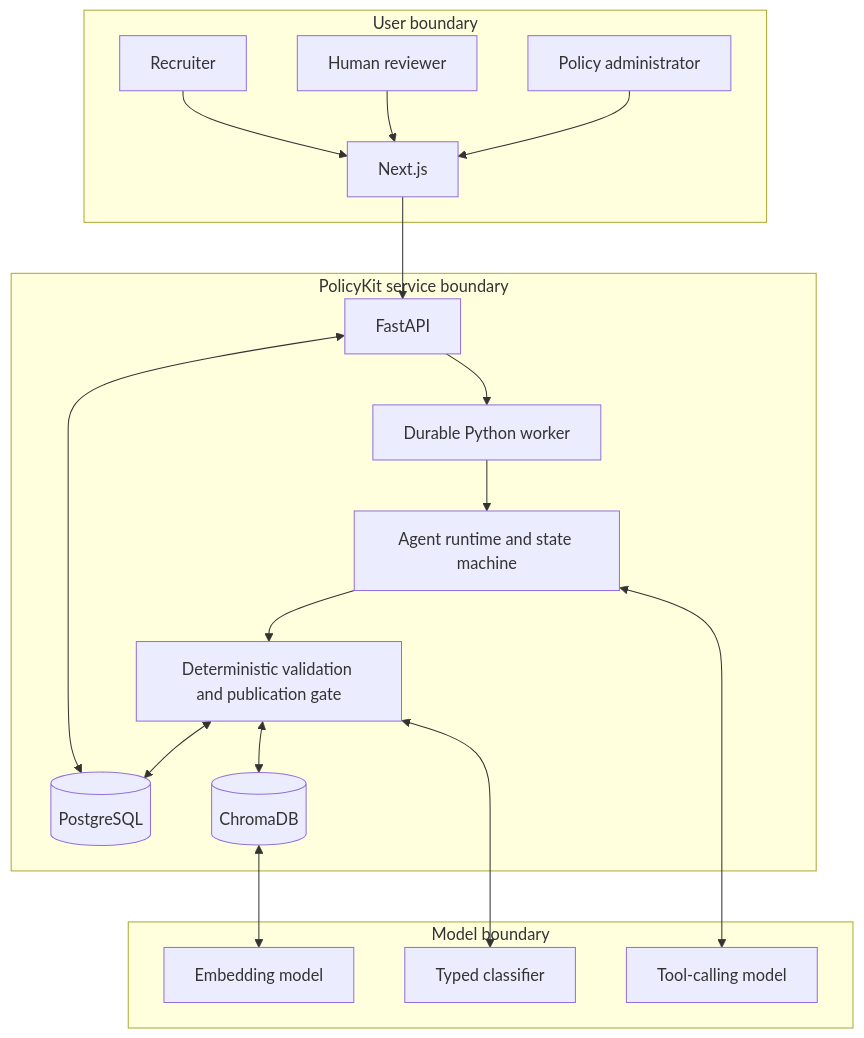
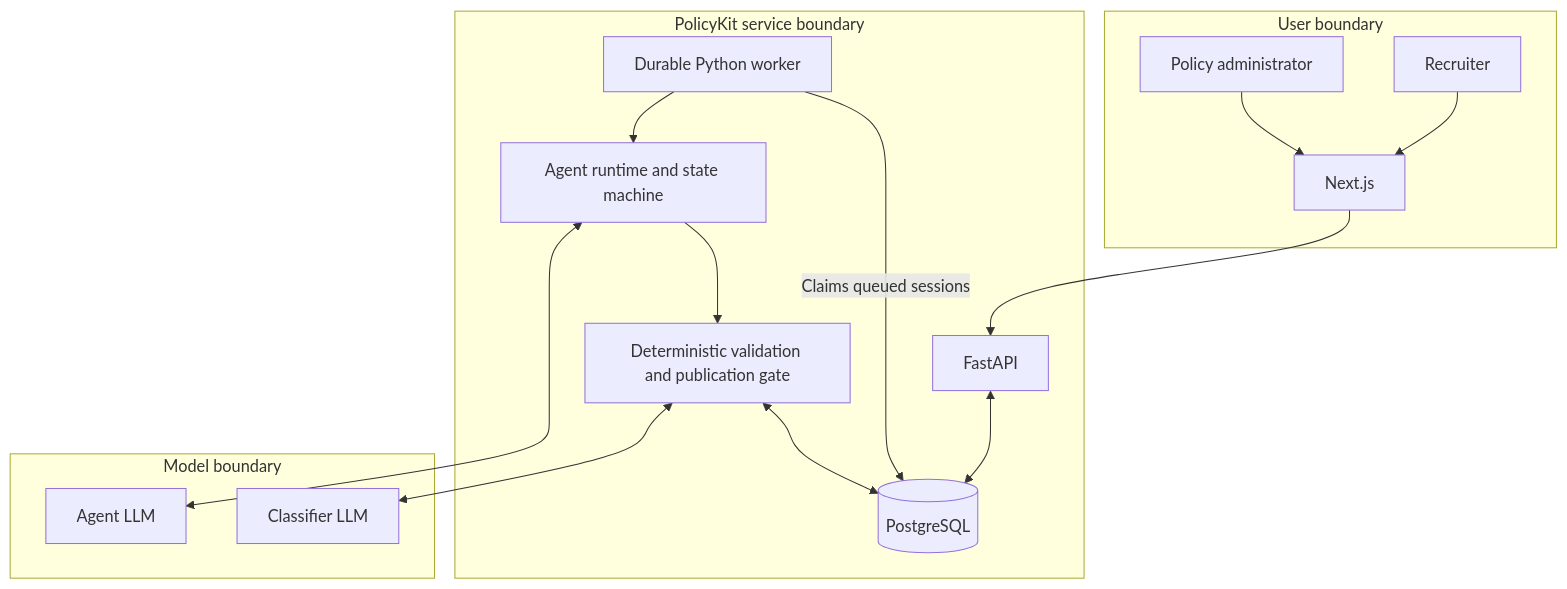
Before and after one commit to Ee-Hsin/policyKit: the first of 2 diagrams in docs/architecture.md, drawn with Mermaid. The commit also changed other lines of this file and 31 other files, not shown here.

Commit message:
simplify compliance review architecture

````diff
--- a/docs/architecture.md
+++ b/docs/architecture.md
@@ -9,37 +9,31 @@
 ```mermaid
 flowchart TB
     subgraph client["User boundary"]
         recruiter["Recruiter"]
-        reviewer["Human reviewer"]
         admin["Policy administrator"]
         next["Next.js"]
         recruiter --> next
-        reviewer --> next
         admin --> next
     end
 
     subgraph service["PolicyKit service boundary"]
         api["FastAPI"]
         worker["Durable Python worker"]
         runtime["Agent runtime and state machine"]
         gate["Deterministic validation and publication gate"]
         db[("PostgreSQL")]
-        chroma[("ChromaDB")]
         next --> api
         api <--> db
-        api --> worker
+        worker -->|Claims queued sessions| db
         worker --> runtime
         runtime --> gate
         gate <--> db
-        gate <--> chroma
     end
 
     subgraph model["Model boundary"]
-        agent["Tool-calling model"]
-        checker["Typed classifier"]
-        embed["Embedding model"]
+        agent["Agent LLM"]
+        checker["Classifier LLM"]
         runtime <--> agent
         gate <--> checker
-        chroma <--> embed
     end
 ```
````
